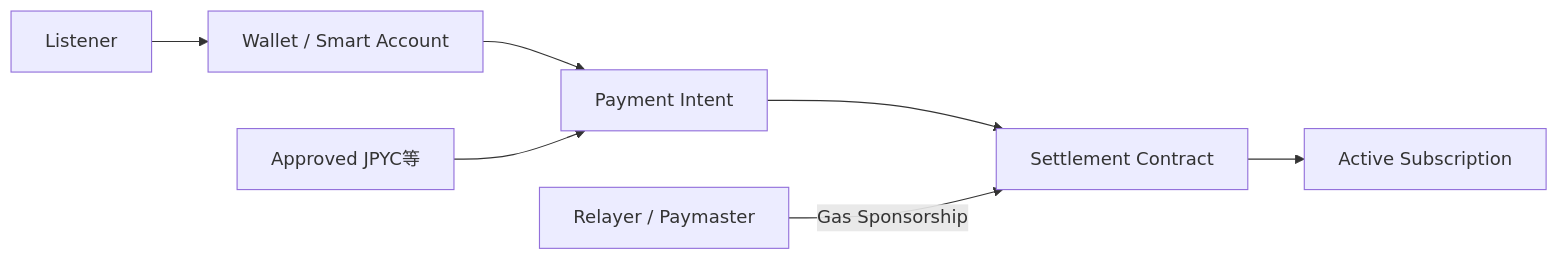
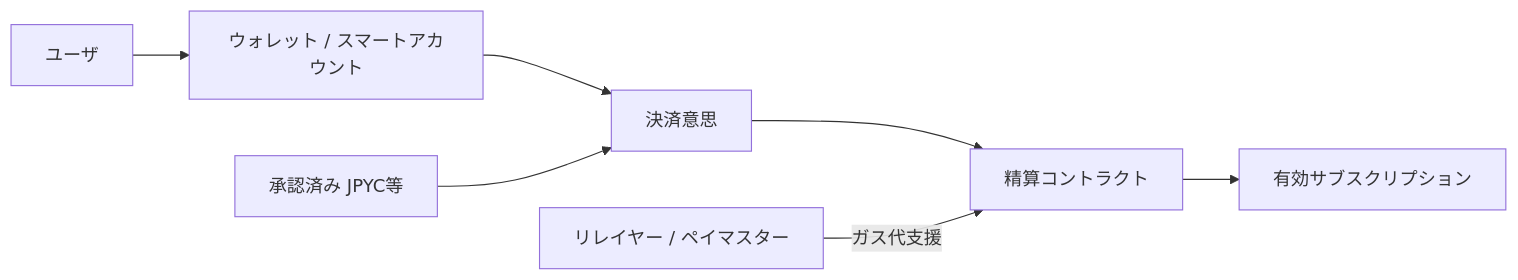
Diagram 14 of 27 in docs/whitepaper/04-platform-architecture.md (ShigeichiroYamasaki/creator-first-platform), drawn with Mermaid before and after one commit. The commit also changed other lines of this file and 72 other files, not shown here.

````diff
--- a/docs/whitepaper/04-platform-architecture.md
+++ b/docs/whitepaper/04-platform-architecture.md
@@ -483,14 +483,14 @@
 ```mermaid
 flowchart LR
-    USER[Listener]
-    WALLET[Wallet / Smart Account]
-    INTENT[Payment Intent]
-    ASSET[Approved JPYC等]
-    RELAYER[Relayer / Paymaster]
-    CHAIN[Settlement Contract]
-    SUB[Active Subscription]
+    USER[ユーザ]
+    WALLET[ウォレット / スマートアカウント]
+    INTENT[決済意思]
+    ASSET[承認済み JPYC等]
+    RELAYER[リレイヤー / ペイマスター]
+    CHAIN[精算コントラクト]
+    SUB[有効サブスクリプション]
 
     USER --> WALLET --> INTENT
     ASSET --> INTENT --> CHAIN --> SUB
-    RELAYER -->|Gas Sponsorship| CHAIN
+    RELAYER -->|ガス代支援| CHAIN
 ```
````
